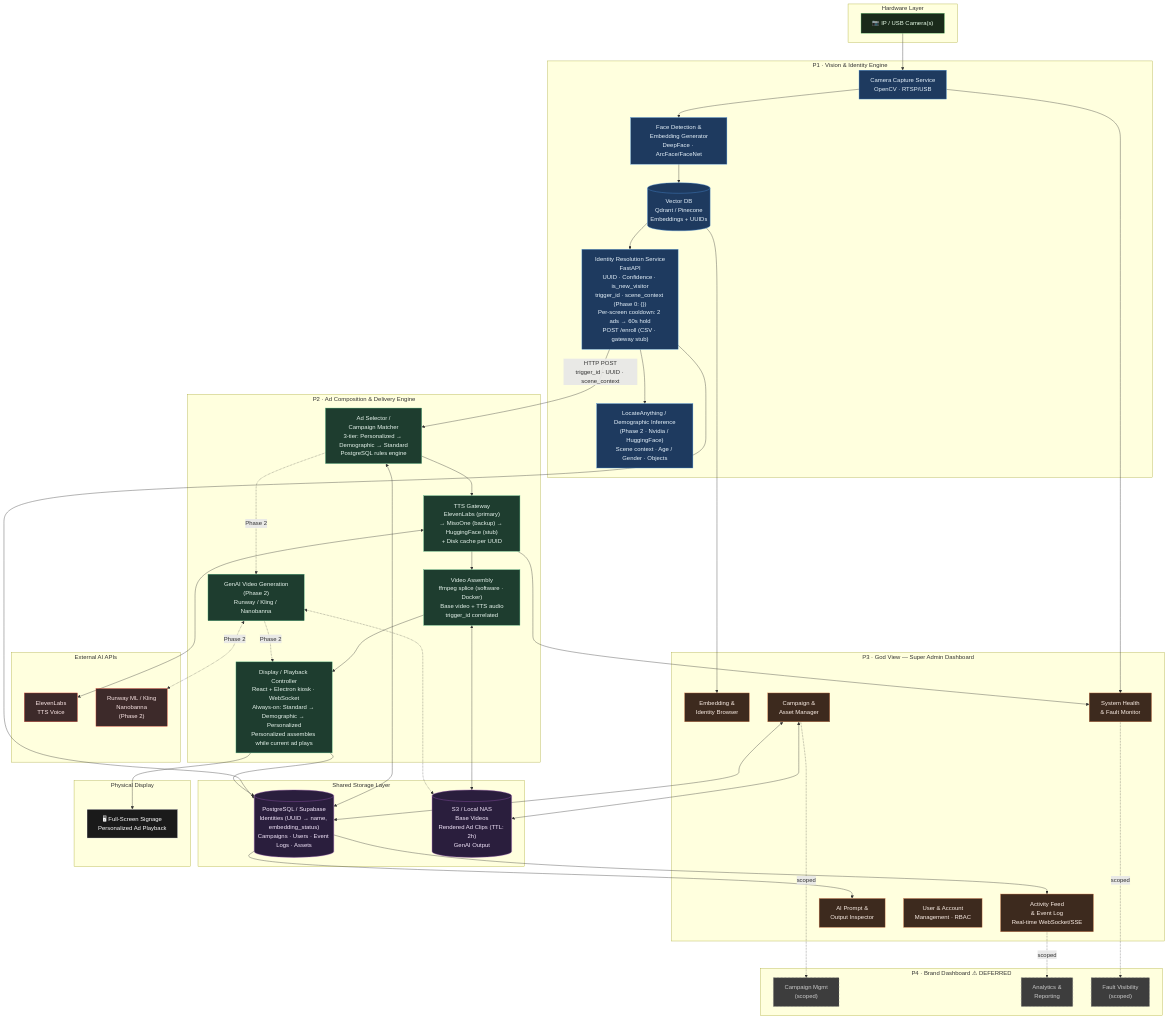
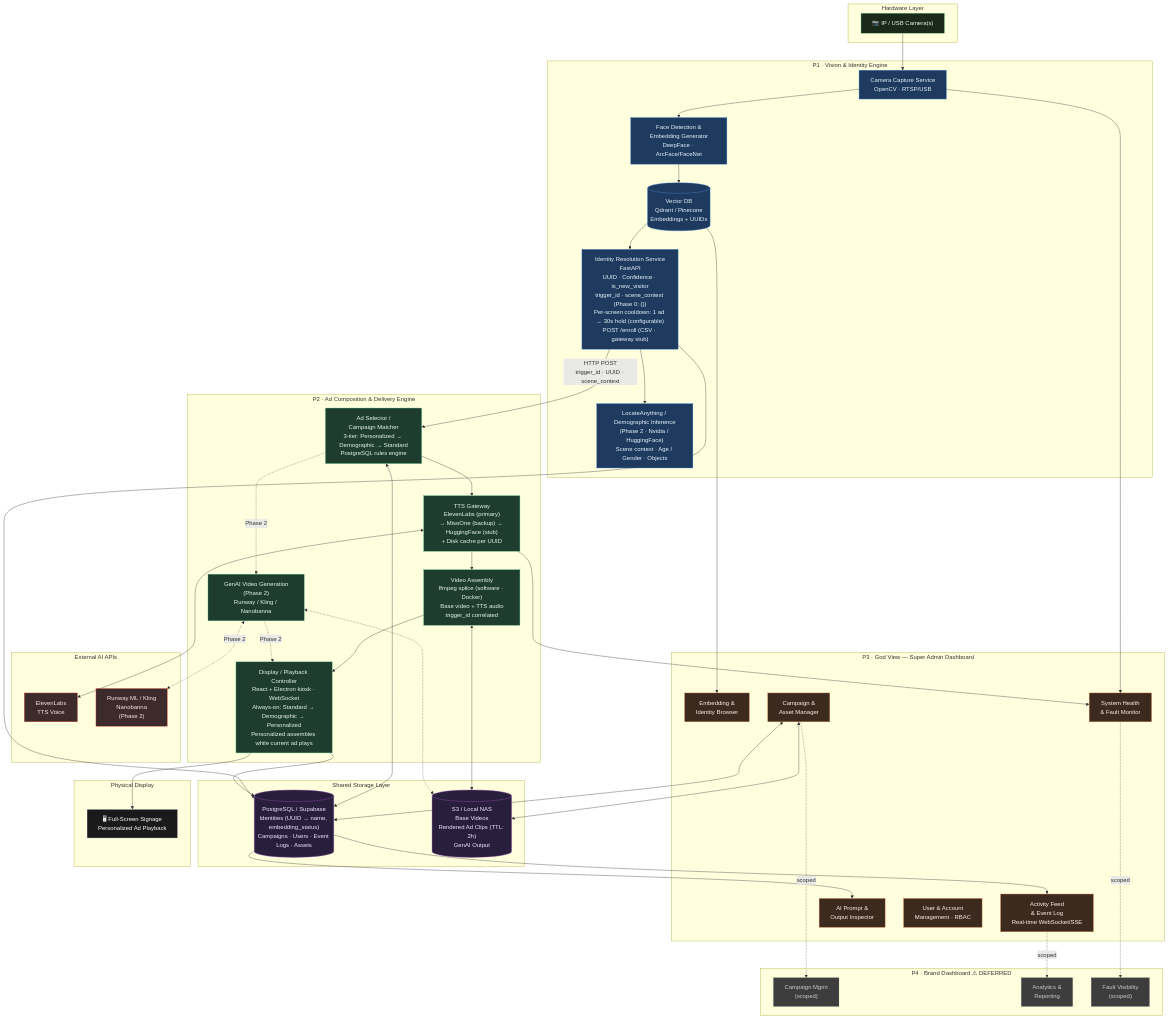
Before and after one commit to jgervin/minority_report_architecture: the first of 3 diagrams in adface_architecture.md, drawn with Mermaid. The commit also changed other lines of this file and 1 other file, not shown here.

Commit message:
docs: sync cooldown to 1-ad/30s; log kiosk zombie-socket fix + follow-ups

```diff
--- a/adface_architecture.md
+++ b/adface_architecture.md
@@ -12,7 +12,7 @@
         P1C1["Camera Capture Service\nOpenCV · RTSP/USB"]
         P1C2["Face Detection &\nEmbedding Generator\nDeepFace · ArcFace/FaceNet"]
         P1C3[("Vector DB\nQdrant / Pinecone\nEmbeddings + UUIDs")]
-        P1C4["Identity Resolution Service\nFastAPI\nUUID · Confidence · is_new_visitor\ntrigger_id · scene_context (Phase 0: {})\nPer-screen cooldown: 2 ads → 60s hold\nPOST /enroll (CSV · gateway stub)"]
+        P1C4["Identity Resolution Service\nFastAPI\nUUID · Confidence · is_new_visitor\ntrigger_id · scene_context (Phase 0: {})\nPer-screen cooldown: 1 ad → 30s hold (configurable)\nPOST /enroll (CSV · gateway stub)"]
         P1C5["LocateAnything / Demographic Inference\n(Phase 2 · Nvidia / HuggingFace)\nScene context · Age / Gender · Objects"]
     end
 
```
